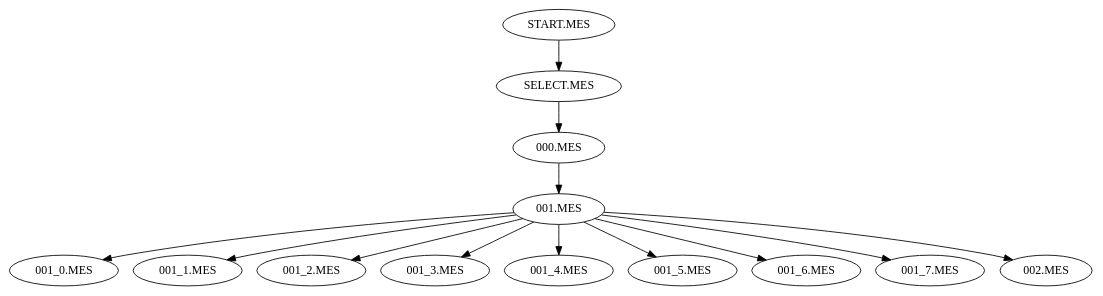
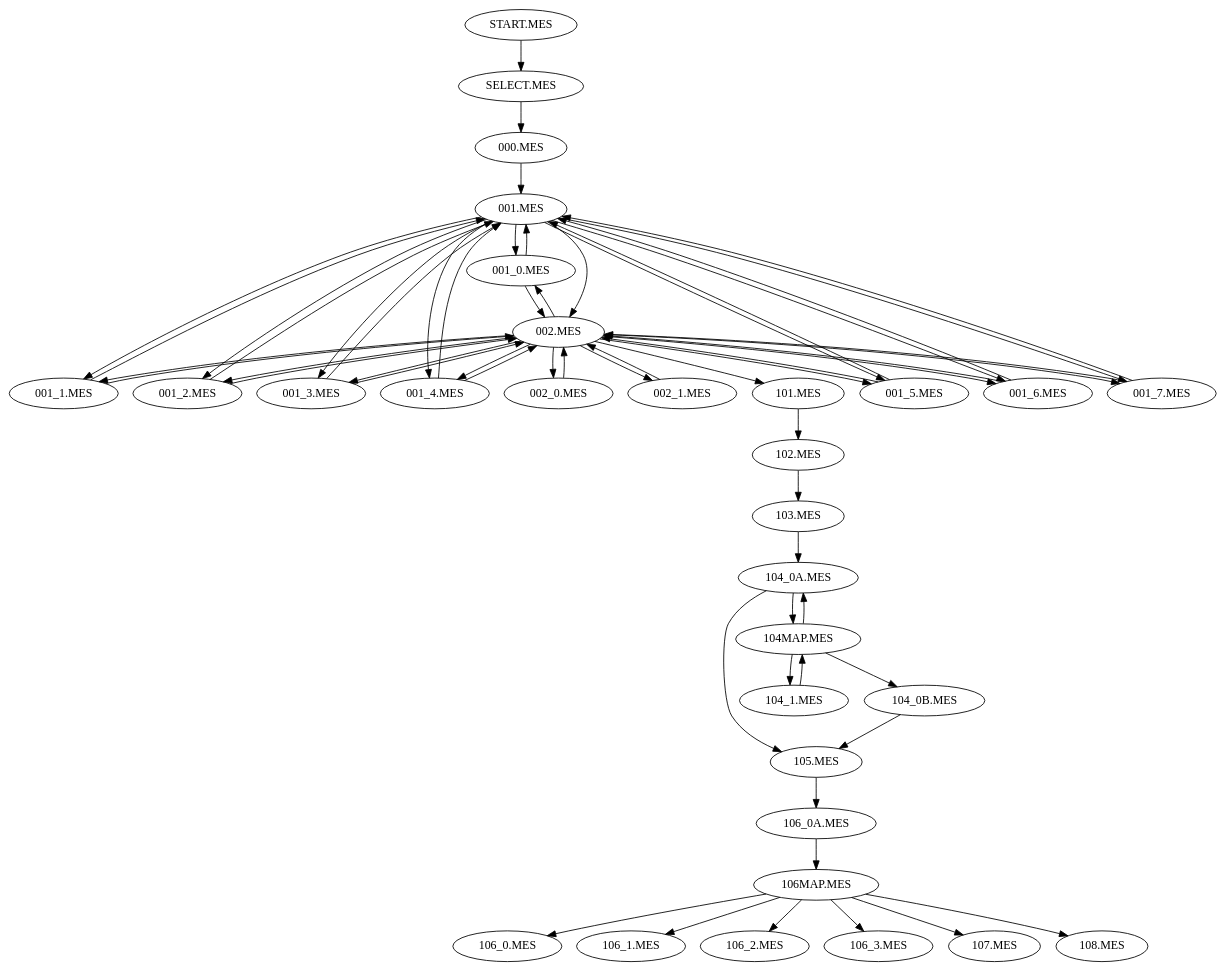
Before and after one commit to OPNA2608/ballade-for-maria-translation: the diagram in graphs/script-flow.dot, drawn with Graphviz. The commit also changed 1 other file, not shown here.

Commit message:
graphs/script-flow: Add further file flow data
Haven't reached any of these in gameplay yet.

```diff
--- a/graphs/script-flow.dot
+++ b/graphs/script-flow.dot
@@ -1,15 +1,83 @@
 digraph {
   "START.MES" -> "SELECT.MES"
   "SELECT.MES" -> "000.MES"
   "000.MES" -> "001.MES"
 
   "001.MES" -> "001_0.MES"
   "001.MES" -> "001_1.MES"
   "001.MES" -> "001_2.MES"
   "001.MES" -> "001_3.MES"
   "001.MES" -> "001_4.MES"
   "001.MES" -> "001_5.MES"
   "001.MES" -> "001_6.MES"
   "001.MES" -> "001_7.MES"
   "001.MES" -> "002.MES"
+
+  "001_0.MES" -> "001.MES"
+  "001_0.MES" -> "002.MES"
+
+  "001_1.MES" -> "001.MES"
+  "001_1.MES" -> "002.MES"
+
+  "001_2.MES" -> "001.MES"
+  "001_2.MES" -> "002.MES"
+
+  "001_3.MES" -> "001.MES"
+  "001_3.MES" -> "002.MES"
+
+  "001_4.MES" -> "001.MES"
+  "001_4.MES" -> "002.MES"
+
+  "001_5.MES" -> "001.MES"
+  "001_5.MES" -> "002.MES"
+
+  "001_6.MES" -> "001.MES"
+  "001_6.MES" -> "002.MES"
+
+  "001_7.MES" -> "001.MES"
+  "001_7.MES" -> "002.MES"
+
+  "002.MES" -> "001_0.MES"
+  "002.MES" -> "001_1.MES"
+  "002.MES" -> "001_2.MES"
+  "002.MES" -> "001_3.MES"
+  "002.MES" -> "001_4.MES"
+  "002.MES" -> "001_5.MES"
+  "002.MES" -> "001_6.MES"
+  "002.MES" -> "001_7.MES"
+  "002.MES" -> "002_0.MES"
+  "002.MES" -> "002_1.MES"
+  "002.MES" -> "101.MES"
+
+  "002_0.MES" -> "002.MES"
+
+  "002_1.MES" -> "002.MES"
+
+  "101.MES" -> "102.MES"
+
+  "102.MES" -> "103.MES"
+
+  "103.MES" -> "104_0A.MES"
+
+  "104_0A.MES" -> "104MAP.MES"
+  "104_0A.MES" -> "105.MES"
+
+  "104MAP.MES" -> "104_0A.MES"
+  "104MAP.MES" -> "104_0B.MES"
+  "104MAP.MES" -> "104_1.MES"
+
+  "104_0B.MES" -> "105.MES"
+
+  "104_1.MES" -> "104MAP.MES"
+
+  "105.MES" -> "106_0A.MES"
+
+  "106_0A.MES" -> "106MAP.MES"
+
+  "106MAP.MES" -> "106_0.MES"
+  "106MAP.MES" -> "106_1.MES"
+  "106MAP.MES" -> "106_2.MES"
+  "106MAP.MES" -> "106_3.MES"
+  "106MAP.MES" -> "107.MES"
+  "106MAP.MES" -> "108.MES"
 }
```
